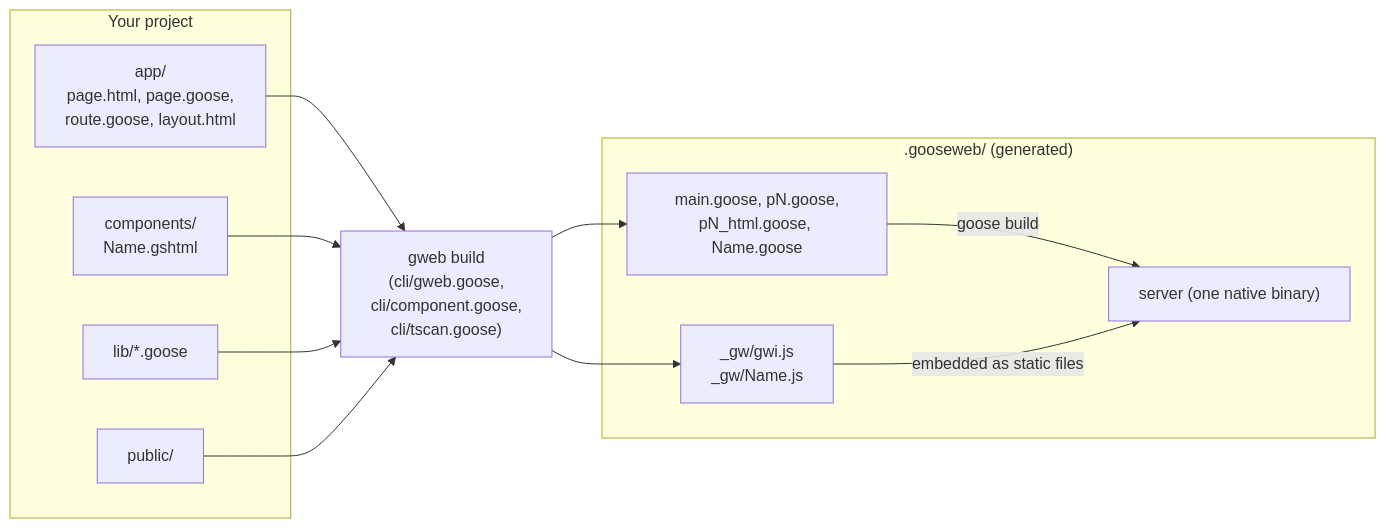
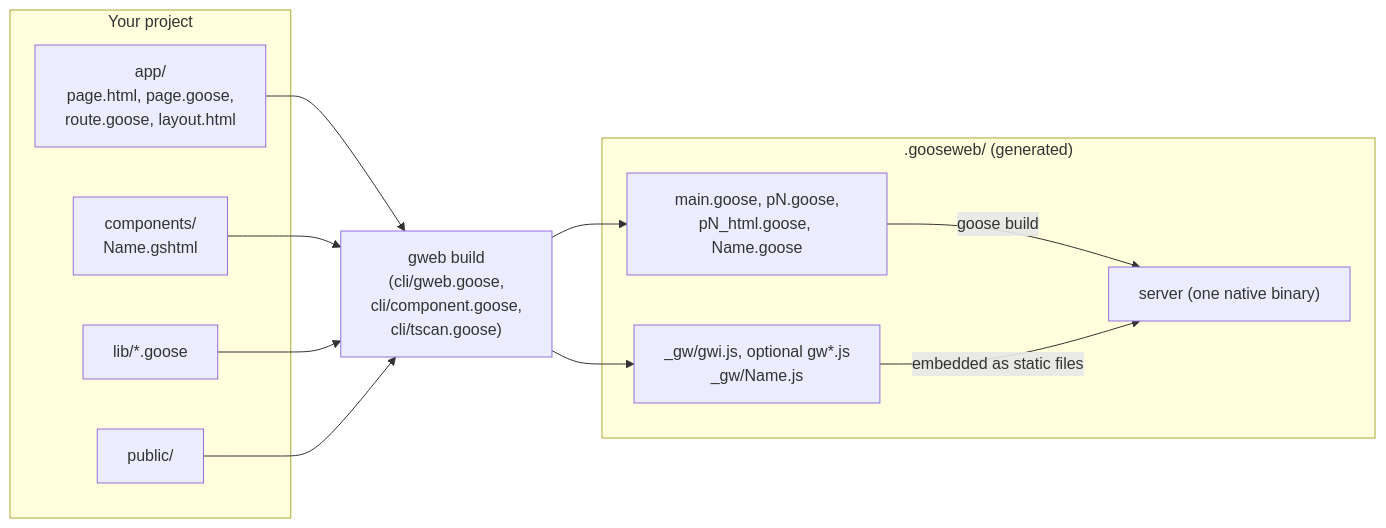
The first of 5 diagrams in docs/ARCHITECTURE.md (josephheinz/goose-web), drawn with Mermaid before and after one commit. The commit also changed other lines of this file and 2 other files, not shown here.

Commit message:
docs: architecture, README and changelog for the reactivity branch

````diff
--- a/docs/ARCHITECTURE.md
+++ b/docs/ARCHITECTURE.md
@@ -21,26 +25,26 @@
 ```mermaid
 flowchart LR
     subgraph Project["Your project"]
         app["app/<br/>page.html, page.goose,<br/>route.goose, layout.html"]
         comps["components/<br/>Name.gshtml"]
         lib["lib/*.goose"]
         pub["public/"]
     end
 
     gweb["gweb build<br/>(cli/gweb.goose,<br/>cli/component.goose,<br/>cli/tscan.goose)"]
 
     subgraph Out[".gooseweb/ (generated)"]
         gen["main.goose, pN.goose,<br/>pN_html.goose, Name.goose"]
-        js["_gw/gwi.js<br/>_gw/Name.js"]
+        js["_gw/gwi.js, optional gw*.js<br/>_gw/Name.js"]
         bin["server (one native binary)"]
     end
 
     app --> gweb
     comps --> gweb
     lib --> gweb
     pub --> gweb
     gweb --> gen
     gweb --> js
     gen -->|goose build| bin
     js -->|embedded as static files| bin
 ```
````
